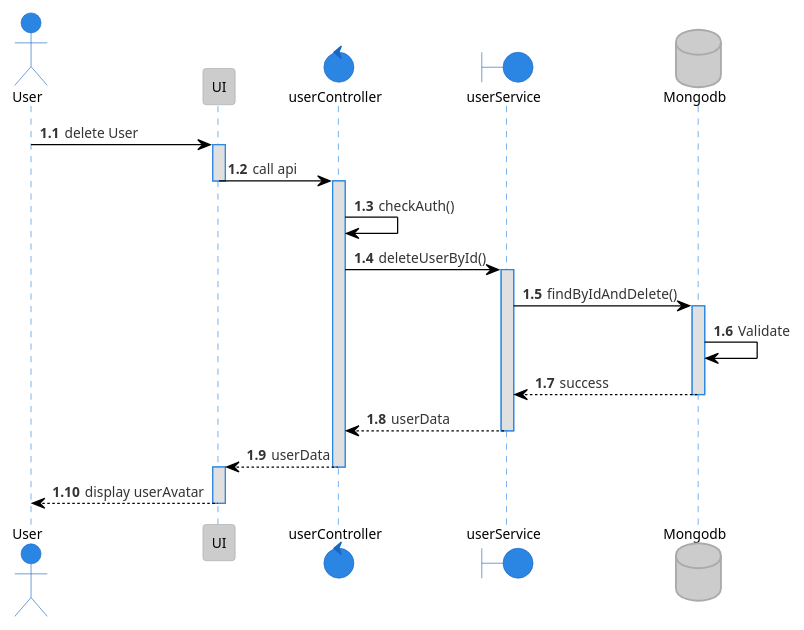
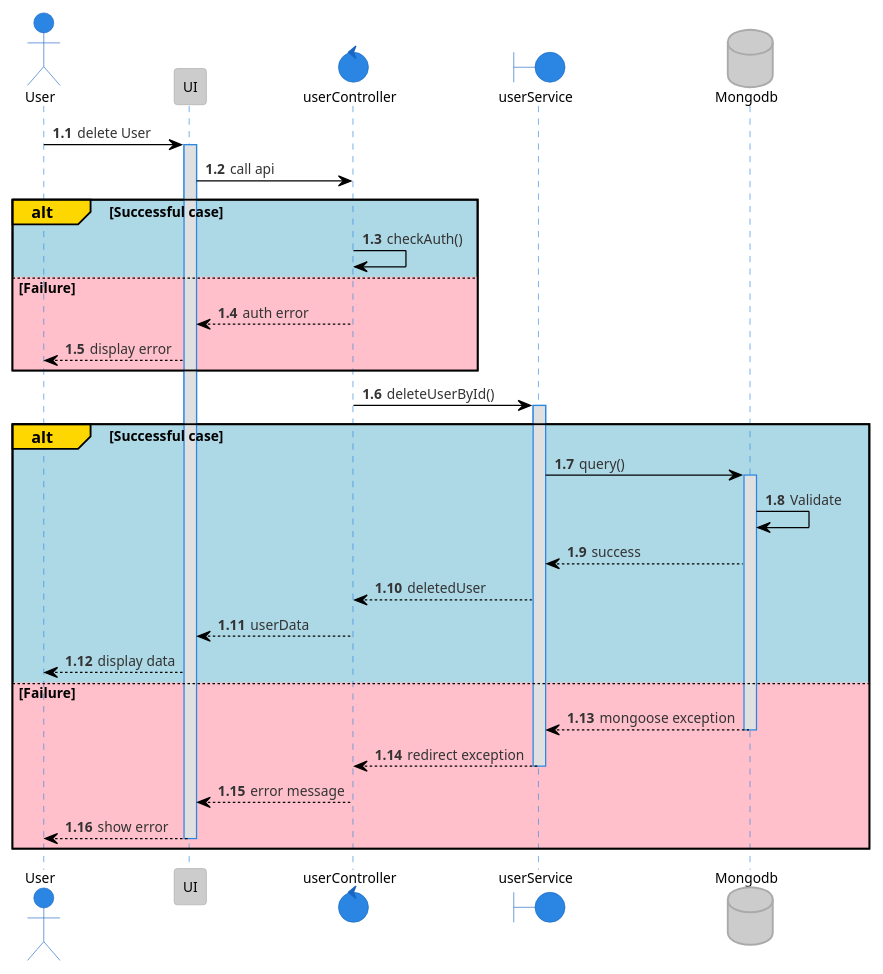
Before and after one commit to tuannm99/RMS: the diagram in plantuml/sequence/user/deleteUser.puml, drawn with PlantUML. The commit also changed 31 other files, not shown here.

Commit message:
update - final sequence

```diff
--- a/plantuml/sequence/user/deleteUser.puml
+++ b/plantuml/sequence/user/deleteUser.puml
@@ -1,32 +1,44 @@
 @startuml updateUser
 !theme reddress-lightblue
 
 autonumber 1.1
 actor User
 participant UI
 control  userController
 boundary userService
 database Mongodb
 
 User -> UI: delete User
 activate UI
 UI -> userController: call api
-deactivate UI
-activate userController
-userController -> userController: checkAuth()
+
+alt#Gold #LightBlue Successful case
+    userController -> userController: checkAuth()
+else #Pink Failure
+    userController --> UI: auth error
+    UI --> User: display error
+end
+
 userController -> userService: deleteUserById()
-activate userService
-userService -> Mongodb: findByIdAndDelete()
-activate Mongodb
-Mongodb -> Mongodb: Validate
-Mongodb --> userService: success
-deactivate Mongodb
-userService --> userController: userData
-deactivate userService
-userController --> UI: userData
-deactivate userController
-activate UI
-UI --> User: display userAvatar
-deactivate UI
 
+alt#Gold #LightBlue Successful case
+    activate userService
+    userService -> Mongodb: query()
+    activate Mongodb
+    Mongodb -> Mongodb: Validate
+    Mongodb --> userService: success
+    userService --> userController: deletedUser
+    userController --> UI: userData
+    UI --> User: display data
+else #Pink Failure
+    Mongodb --> userService: mongoose exception
+    deactivate Mongodb
+    userService --> userController: redirect exception
+    deactivate userService
+    userController --> UI: error message
+    deactivate userController
+    UI --> User: show error
+    deactivate Mongodb
+    deactivate UI
+end
 @enduml
```
